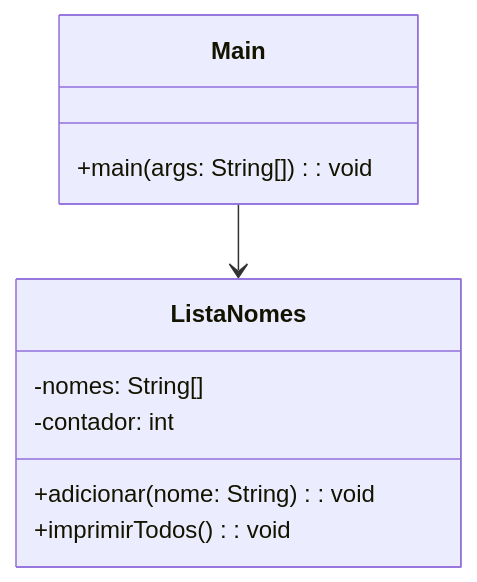
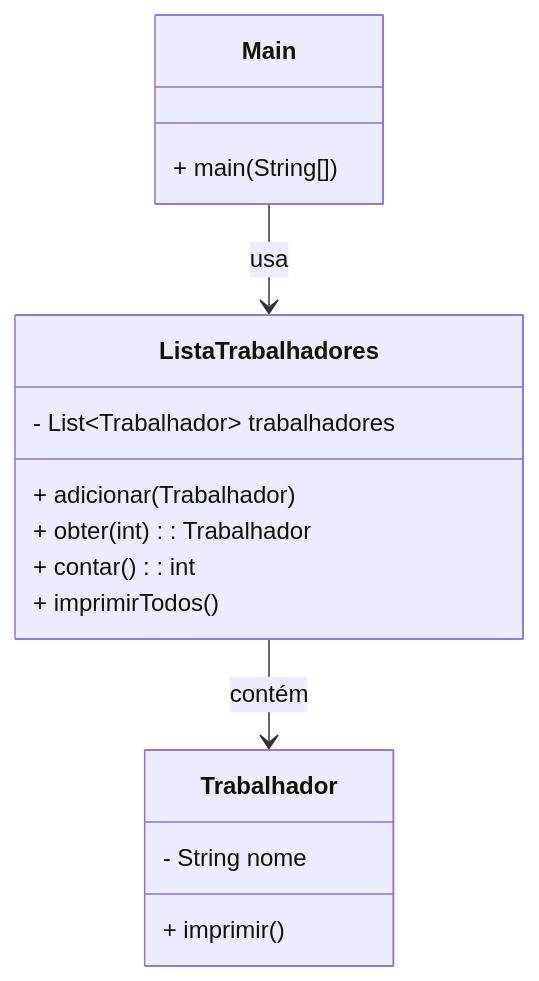
One commit to 20242-ifba-saj-ads-ppr/seminario-ppr-comportamentais-equipe4 changed the first of 2 diagrams in src/Iterator/readme.md. Above: the diagram before and after it, drawn with Mermaid. The commit also changed other lines of this file, not shown here.

````diff
--- a/src/Iterator/readme.md
+++ b/src/Iterator/readme.md
@@ -133,16 +194,23 @@
 ``` mermaid 
 classDiagram
+    class Trabalhador {
+        - String nome
+        + imprimir()
+    }
 
-class ListaNomes {
-  -nomes: String[]
-  -contador: int
-  +adicionar(nome: String): void
-  +imprimirTodos(): void
-}
+    class ListaTrabalhadores {
+        - List~Trabalhador~ trabalhadores
+        + adicionar(Trabalhador)
+        + obter(int): Trabalhador
+        + contar(): int
+        + imprimirTodos()
+    }
 
-class Main {
-  +main(args: String[]): void
-}
+    class Main {
+        + main(String[])
+    }
 
-Main --> ListaNomes
+    Main --> ListaTrabalhadores : usa
+    ListaTrabalhadores --> Trabalhador : contém
+
 ```
````
